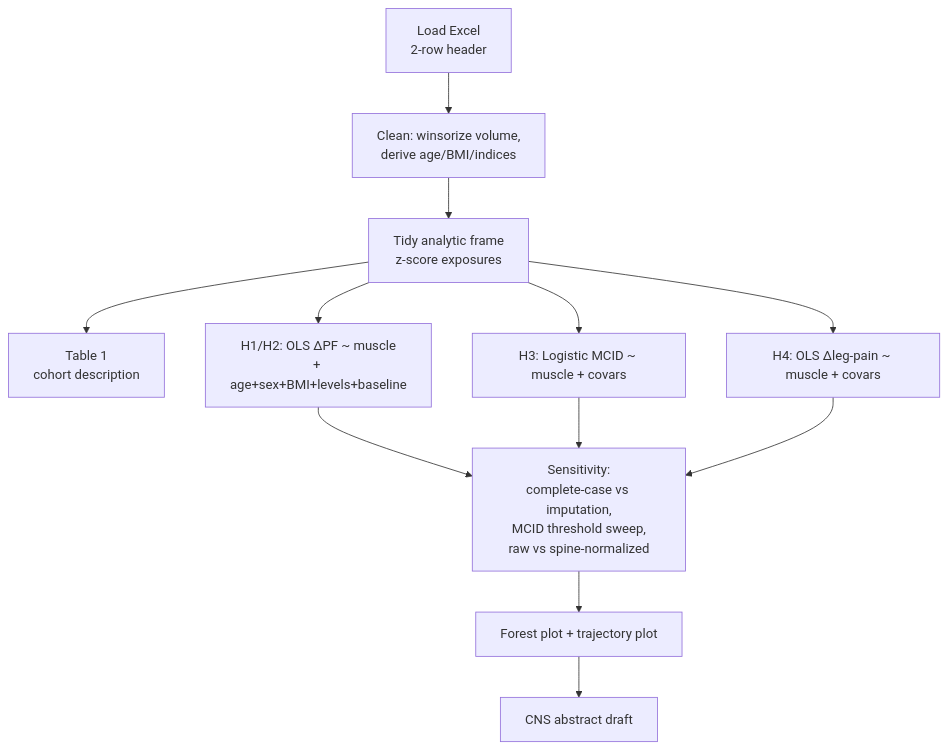
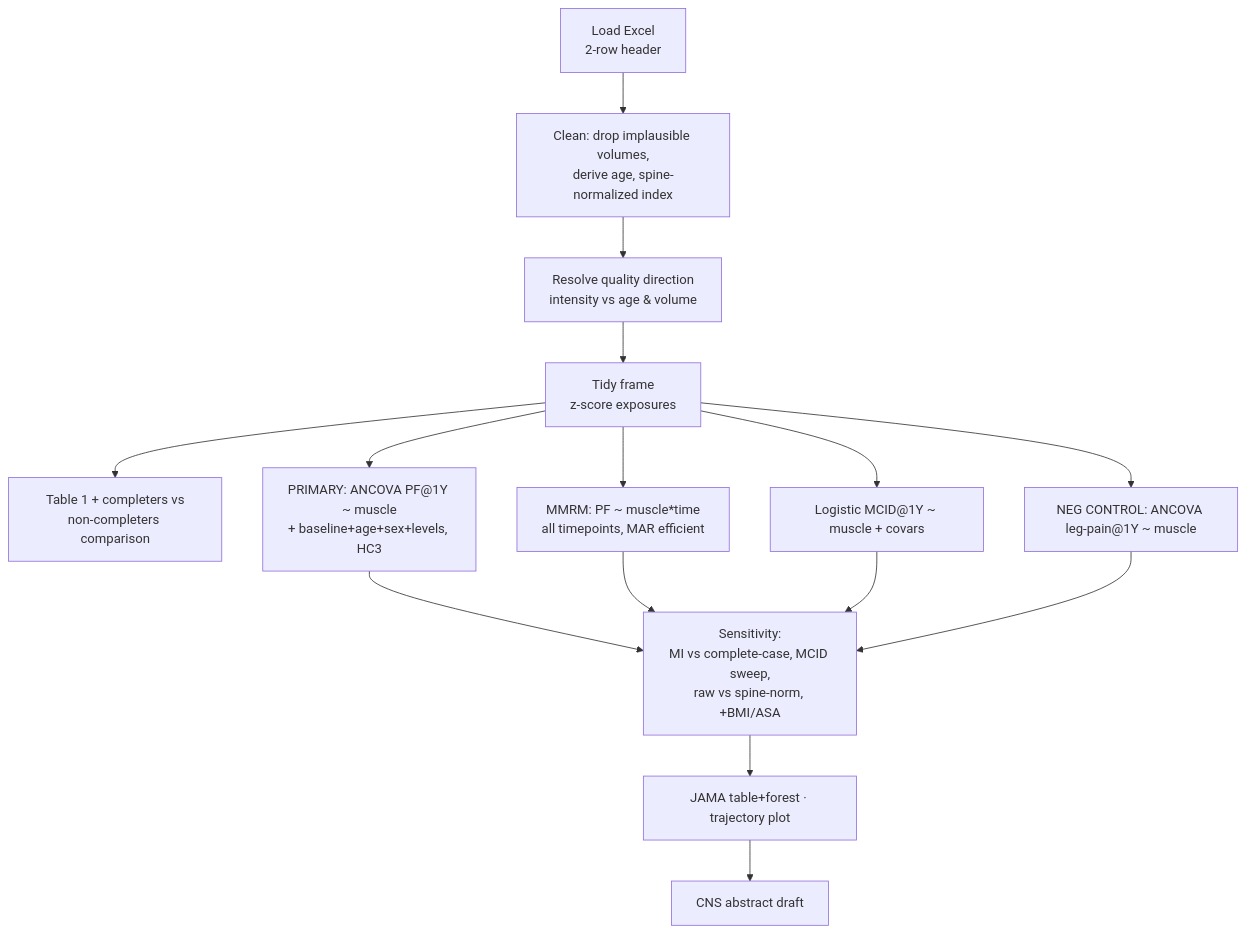
The third of 4 diagrams in PLAN.md (nielspac177/lumbar-muscle-pro), drawn with Mermaid before and after one commit. The commit also changed other lines of this file and 13 other files, not shown here.

First line of the commit message:
Implement analysis; add MCID texture finding, JAMA figures, and abstract

````diff
--- a/PLAN.md
+++ b/PLAN.md
@@ -111,14 +117,17 @@
 ```mermaid
 flowchart TD
-    L[Load Excel<br/>2-row header] --> C[Clean: winsorize volume,<br/>derive age/BMI/indices]
-    C --> T[Tidy analytic frame<br/>z-score exposures]
-    T --> T1[Table 1<br/>cohort description]
-    T --> M1[H1/H2: OLS ΔPF ~ muscle<br/>+ age+sex+BMI+levels+baseline]
-    T --> M2[H3: Logistic MCID ~ muscle + covars]
-    T --> M3[H4: OLS Δleg-pain ~ muscle + covars]
-    M1 --> S[Sensitivity:<br/>complete-case vs imputation,<br/>MCID threshold sweep,<br/>raw vs spine-normalized]
+    L[Load Excel<br/>2-row header] --> C[Clean: drop implausible volumes,<br/>derive age, spine-normalized index]
+    C --> Q[Resolve quality direction<br/>intensity vs age & volume]
+    Q --> T[Tidy frame<br/>z-score exposures]
+    T --> T1[Table 1 + completers vs<br/>non-completers comparison]
+    T --> M0[PRIMARY: ANCOVA PF@1Y ~ muscle<br/>+ baseline+age+sex+levels, HC3]
+    T --> M1[MMRM: PF ~ muscle*time<br/>all timepoints, MAR efficient]
+    T --> M2[Logistic MCID@1Y ~ muscle + covars]
+    T --> M3[NEG CONTROL: ANCOVA leg-pain@1Y ~ muscle]
+    M0 --> S[Sensitivity:<br/>MI vs complete-case, MCID sweep,<br/>raw vs spine-norm, +BMI/ASA]
+    M1 --> S
     M2 --> S
     M3 --> S
-    S --> F[Forest plot + trajectory plot]
+    S --> F[JAMA table+forest · trajectory plot]
     F --> AB[CNS abstract draft]
 ```
````
